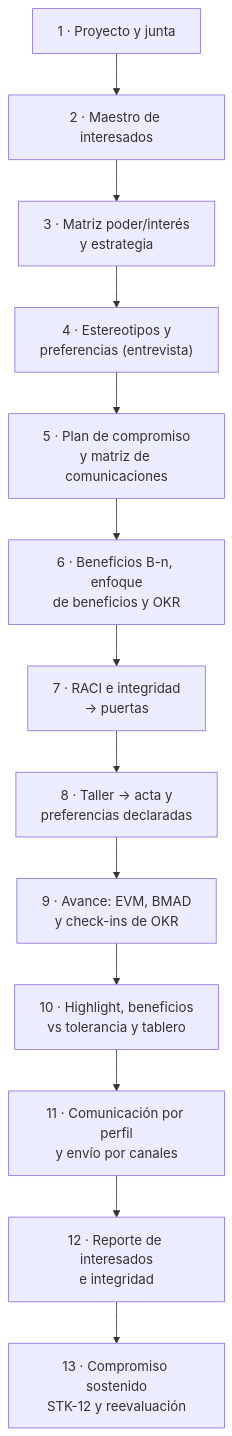
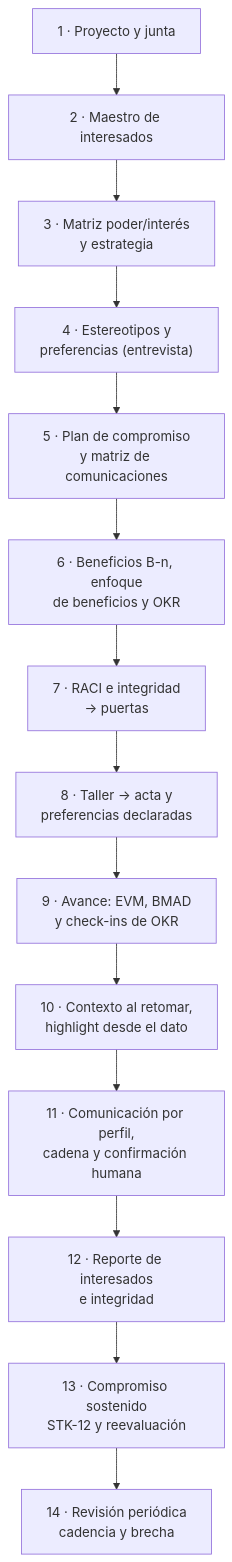
Before and after one commit to Arturo-Penas-Rial/pm-method: the first of 3 diagrams in docs/guias/E2E-3-interesados-okr-avance.md, drawn with Mermaid. The commit also changed other lines of this file and 274 other files, not shown here.

````diff
--- a/docs/guias/E2E-3-interesados-okr-avance.md
+++ b/docs/guias/E2E-3-interesados-okr-avance.md
@@ -28,10 +100,10 @@
 ```mermaid
 flowchart TB
     a["1 · Proyecto y junta"] --> b["2 · Maestro de interesados"]
     b --> c["3 · Matriz poder/interés<br/>y estrategia"] --> d["4 · Estereotipos y<br/>preferencias (entrevista)"]
     d --> e["5 · Plan de compromiso<br/>y matriz de comunicaciones"] --> f["6 · Beneficios B-n, enfoque<br/>de beneficios y OKR"]
     f --> g["7 · RACI e integridad<br/>→ puertas"] --> h["8 · Taller → acta y<br/>preferencias declaradas"]
-    h --> i["9 · Avance: EVM, BMAD<br/>y check-ins de OKR"] --> j["10 · Highlight, beneficios<br/>vs tolerancia y tablero"]
-    j --> k["11 · Comunicación por perfil<br/>y envío por canales"] --> l["12 · Reporte de interesados<br/>e integridad"]
-    l --> m["13 · Compromiso sostenido<br/>STK-12 y reevaluación"]
+    h --> i["9 · Avance: EVM, BMAD<br/>y check-ins de OKR"] --> j["10 · Contexto al retomar,<br/>highlight desde el dato"]
+    j --> k["11 · Comunicación por perfil,<br/>cadena y confirmación humana"] --> l["12 · Reporte de interesados<br/>e integridad"]
+    l --> m["13 · Compromiso sostenido<br/>STK-12 y reevaluación"] --> n["14 · Revisión periódica<br/>cadencia y brecha"]
 ```
````
